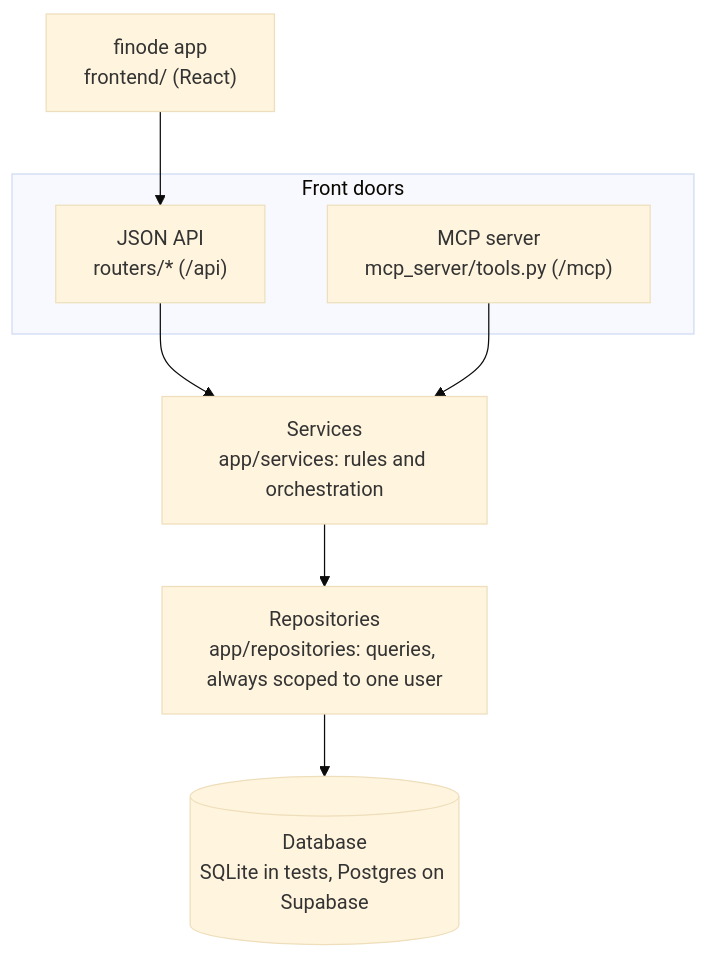
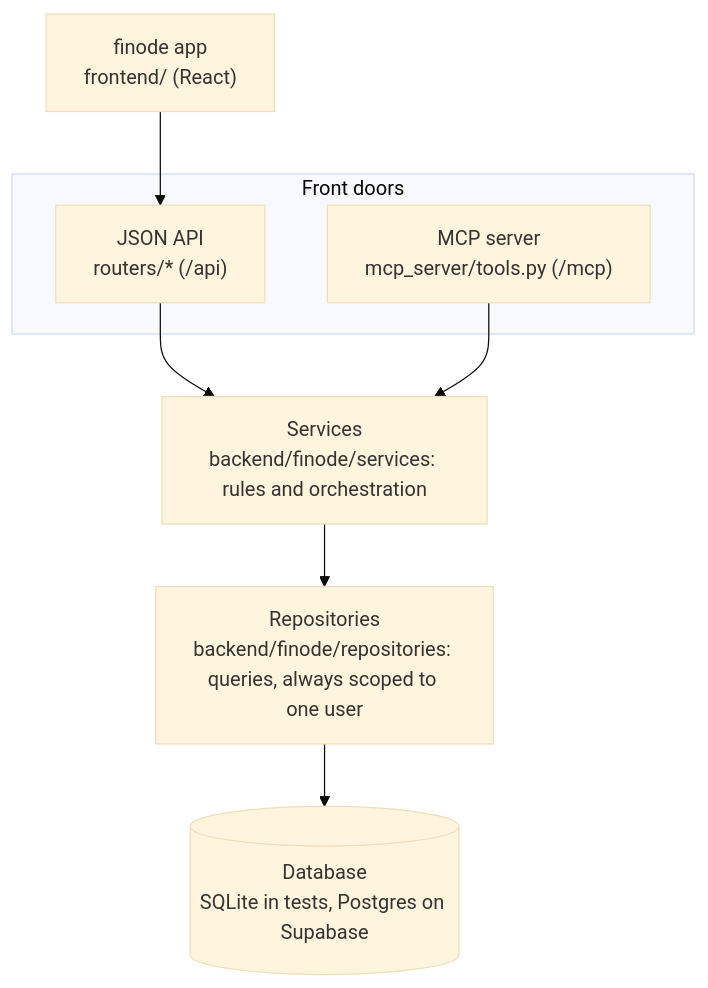
The first of 3 diagrams in docs/architecture/overview.md (bijeshmohan/finode), drawn with Mermaid (base theme) before and after one commit. The commit also changed other lines of this file and 637 other files, not shown here.

````diff
--- a/docs/architecture/overview.md
+++ b/docs/architecture/overview.md
@@ -12,15 +12,15 @@
 ```mermaid
 flowchart TD
     subgraph FD["Front doors"]
         A["JSON API<br/>routers/*  (/api)"]
         M["MCP server<br/>mcp_server/tools.py  (/mcp)"]
     end
-    S["Services<br/>app/services: rules and orchestration"]
-    R["Repositories<br/>app/repositories: queries, always scoped to one user"]
+    S["Services<br/>backend/finode/services: rules and orchestration"]
+    R["Repositories<br/>backend/finode/repositories: queries, always scoped to one user"]
     D[("Database<br/>SQLite in tests, Postgres on Supabase")]
     W["finode app<br/>frontend/ (React)"] --> A
     A --> S
     M --> S
     S --> R
     R --> D
 ```
````
